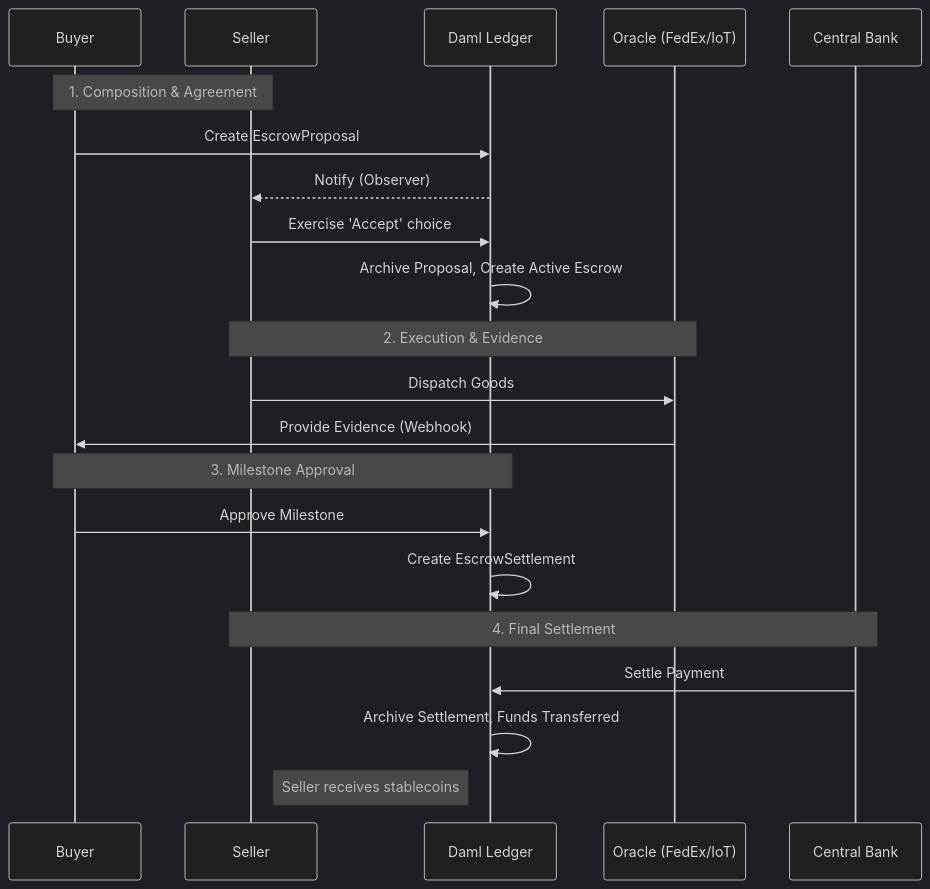
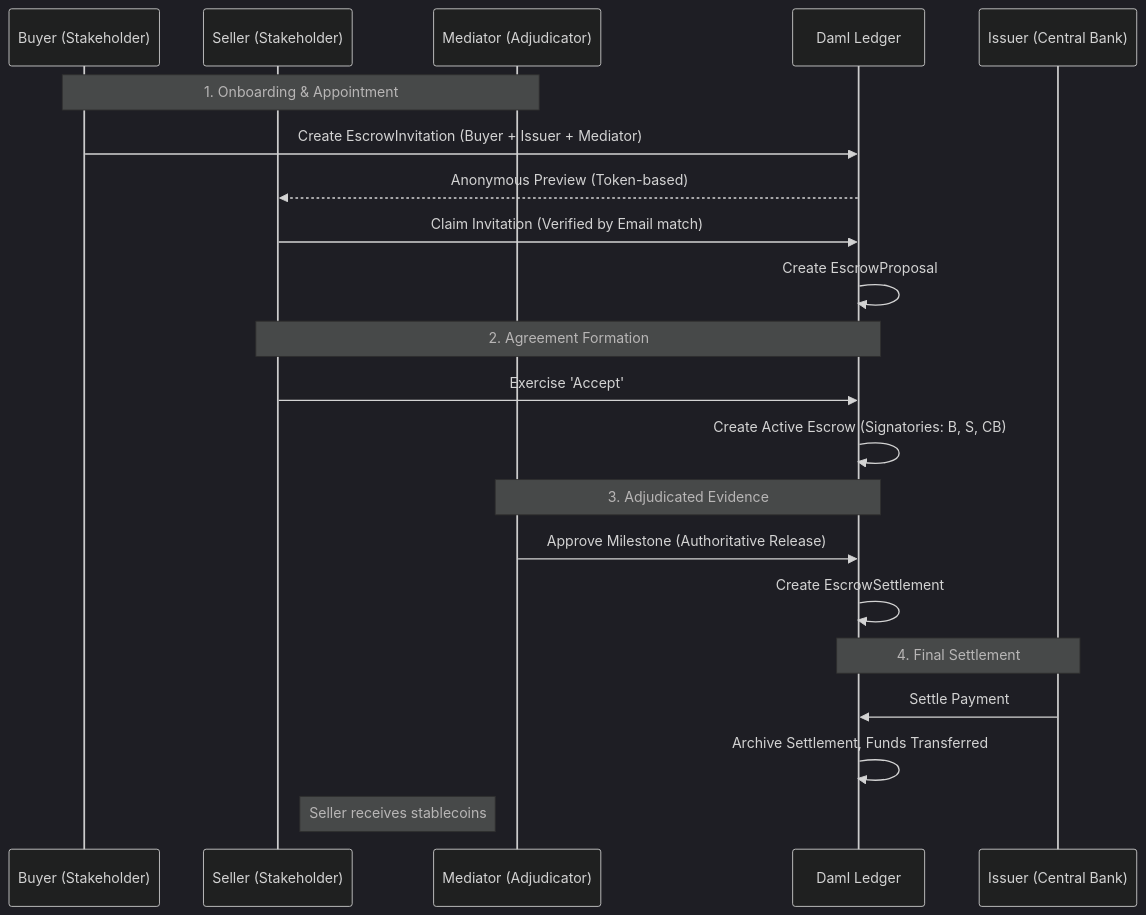
The second of 2 diagrams in README.md (dhushon/daml-escrow), drawn with Mermaid (dark theme) before and after one commit. The commit also changed other lines of this file and 2 other files, not shown here.

Commit message:
Phase 5.4 Final documentation update: Codified the Adjudicator model, updated Mermaid diagrams, and implemented dynamic state loading from ledger-state.json

````diff
--- a/README.md
+++ b/README.md
@@ -30,27 +30,27 @@
 ```mermaid
 sequenceDiagram
-    participant B as Buyer
-    participant S as Seller
+    participant B as Buyer (Stakeholder)
+    participant S as Seller (Stakeholder)
+    participant M as Mediator (Adjudicator)
     participant L as Daml Ledger
-    participant O as Oracle (FedEx/IoT)
-    participant CB as Central Bank
+    participant CB as Issuer (Central Bank)
 
-    Note over B,S: 1. Composition & Agreement
-    B->>L: Create EscrowProposal
-    L-->>S: Notify (Observer)
-    S->>L: Exercise 'Accept' choice
-    L->>L: Archive Proposal, Create Active Escrow
+    Note over B,M: 1. Onboarding & Appointment
+    B->>L: Create EscrowInvitation (Buyer + Issuer + Mediator)
+    L-->>S: Anonymous Preview (Token-based)
+    S->>L: Claim Invitation (Verified by Email match)
+    L->>L: Create EscrowProposal
 
-    Note over S,O: 2. Execution & Evidence
-    S->>O: Dispatch Goods
-    O->>B: Provide Evidence (Webhook)
-    
-    Note over B,L: 3. Milestone Approval
-    B->>L: Approve Milestone
+    Note over S,L: 2. Agreement Formation
+    S->>L: Exercise 'Accept'
+    L->>L: Create Active Escrow (Signatories: B, S, CB)
+
+    Note over M,L: 3. Adjudicated Evidence
+    M->>L: Approve Milestone (Authoritative Release)
     L->>L: Create EscrowSettlement
 
-    Note over CB,S: 4. Final Settlement
+    Note over CB,L: 4. Final Settlement
     CB->>L: Settle Payment
     L->>L: Archive Settlement, Funds Transferred
     Note right of S: Seller receives stablecoins
 ```
````
